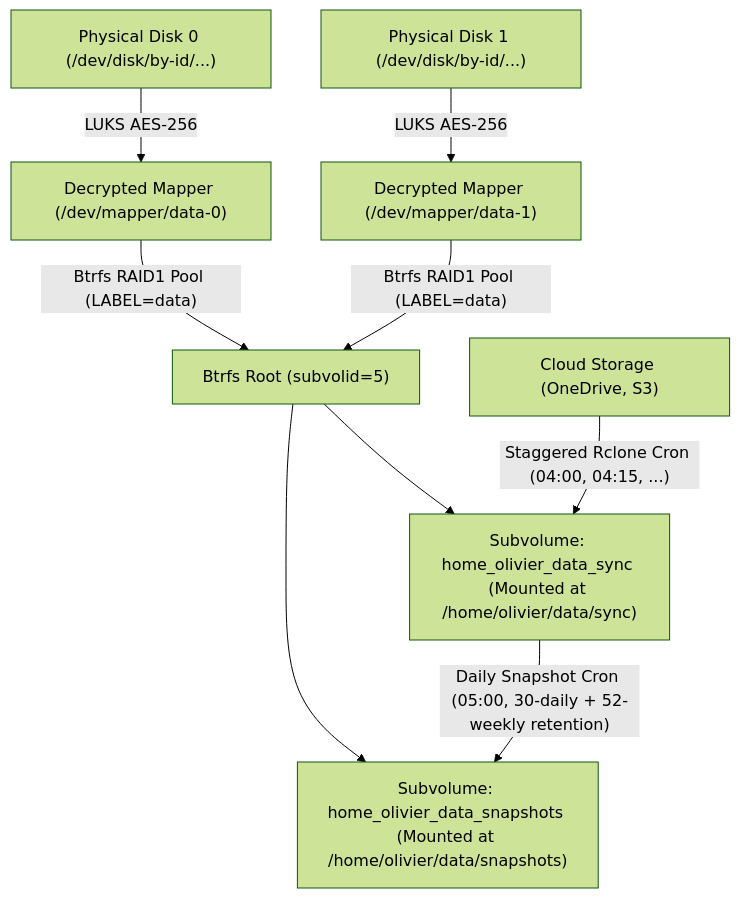
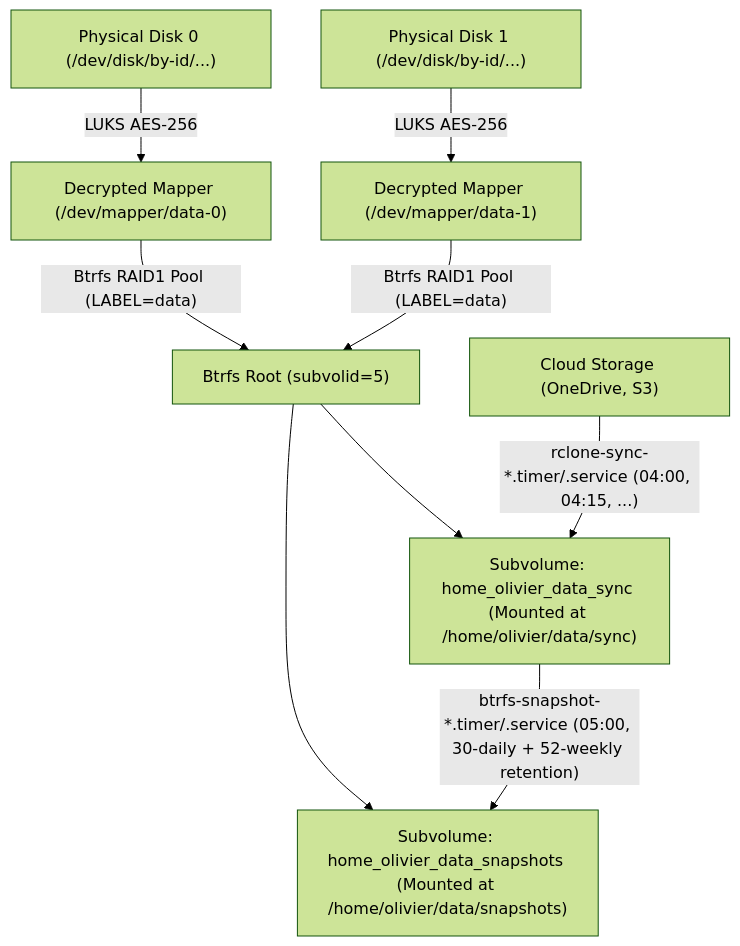
The diagram in docs/ansible.md (desnoe/domus), drawn with Mermaid (forest theme) before and after one commit. The commit also changed other lines of this file and 15 other files, not shown here.

Commit message:
feat(backup): migrate rclone and snapshot to sandboxed systemd units and add test book

````diff
--- a/docs/ansible.md
+++ b/docs/ansible.md
@@ -11,11 +11,11 @@
 ```mermaid
 flowchart TD
     Disk0["Physical Disk 0 (/dev/disk/by-id/...)"] -->|LUKS AES-256| LUKS0["Decrypted Mapper (/dev/mapper/data-0)"]
     Disk1["Physical Disk 1 (/dev/disk/by-id/...)"] -->|LUKS AES-256| LUKS1["Decrypted Mapper (/dev/mapper/data-1)"]
     LUKS0 -->|"Btrfs RAID1 Pool (LABEL=data)"| RootBtrfs["Btrfs Root (subvolid=5)"]
     LUKS1 -->|"Btrfs RAID1 Pool (LABEL=data)"| RootBtrfs
     RootBtrfs --> SubvolSync["Subvolume: home_olivier_data_sync (Mounted at /home/olivier/data/sync)"]
     RootBtrfs --> SubvolSnap["Subvolume: home_olivier_data_snapshots (Mounted at /home/olivier/data/snapshots)"]
-    Cloud["Cloud Storage (OneDrive, S3)"] -->|"Staggered Rclone Cron (04:00, 04:15, ...)"| SubvolSync
-    SubvolSync -->|"Daily Snapshot Cron (05:00, 30-daily + 52-weekly retention)"| SubvolSnap
+    Cloud["Cloud Storage (OneDrive, S3)"] -->|"rclone-sync-*.timer/.service (04:00, 04:15, ...)"| SubvolSync
+    SubvolSync -->|"btrfs-snapshot-*.timer/.service (05:00, 30-daily + 52-weekly retention)"| SubvolSnap
 ```
````
